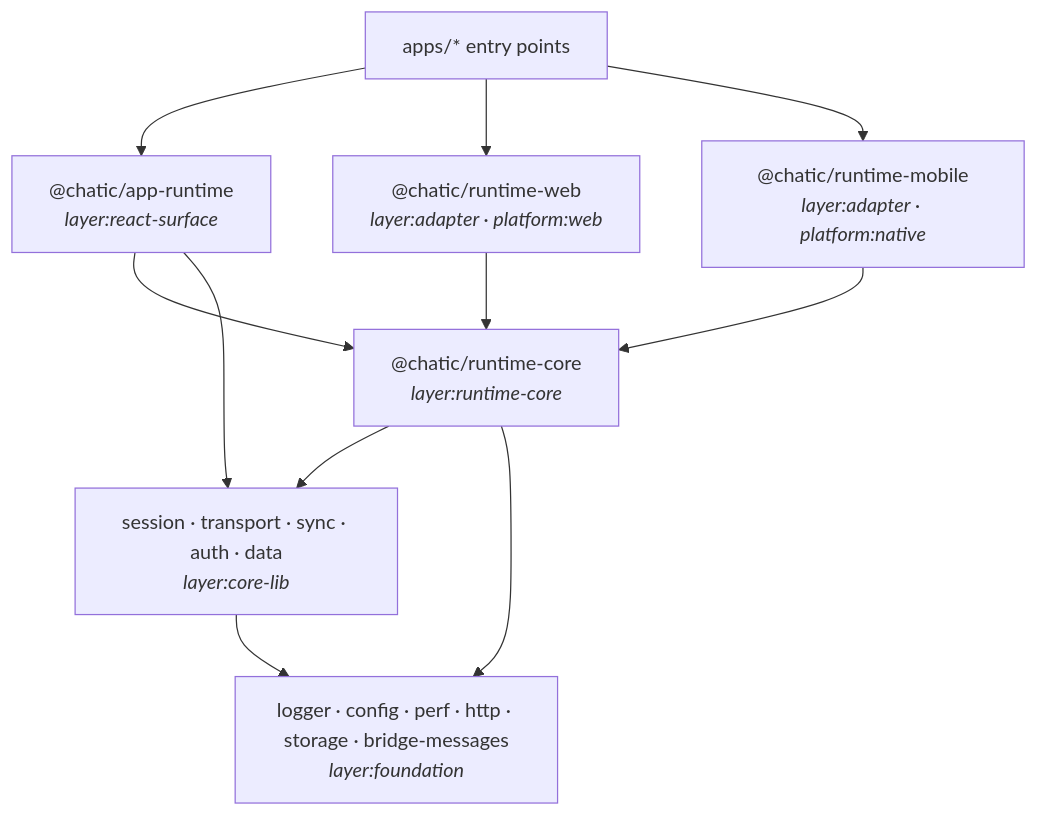
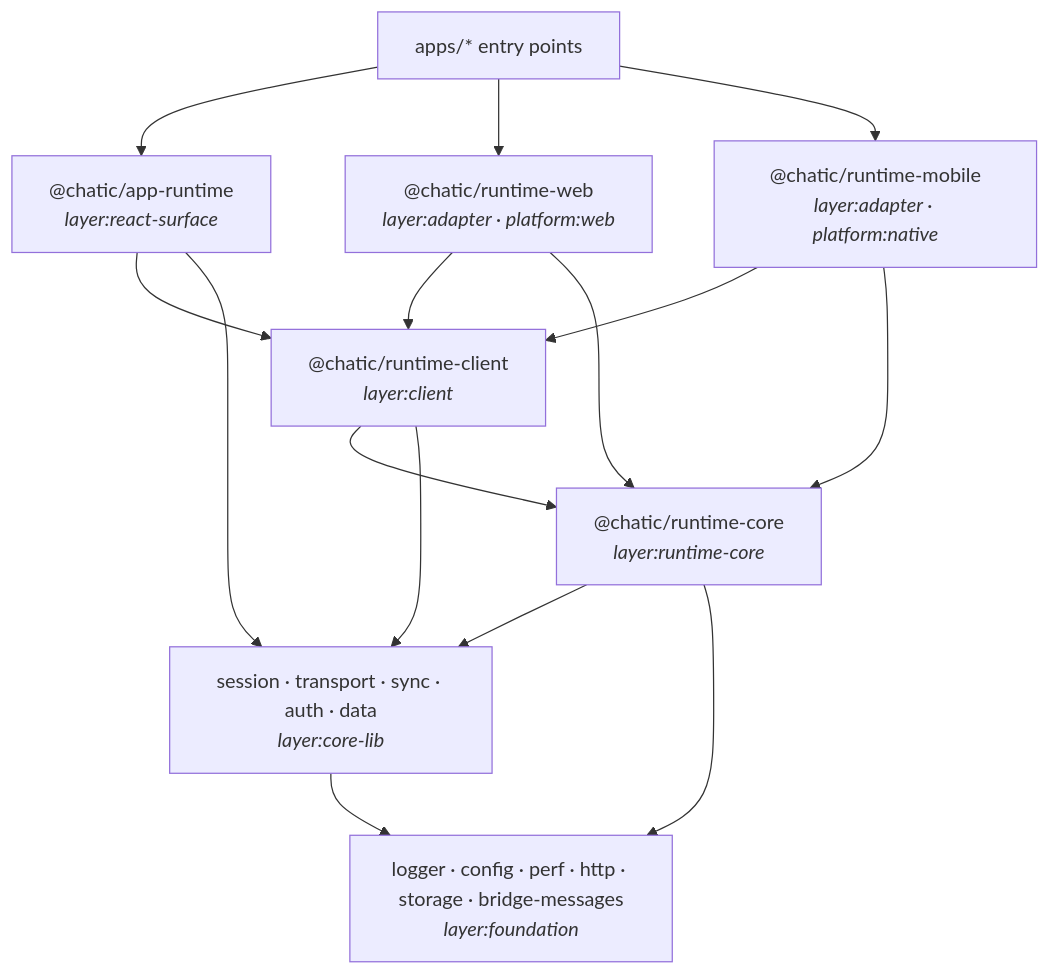
Before and after one commit to lemoncloud-io/dou-app: the diagram in libs/runtime-core/README.md, drawn with Mermaid. The commit also changed other lines of this file and 144 other files, not shown here.

First line of the commit message:
refactor(app-runtime,runtime-client): move the core side into runtime-client and add the declaration

````diff
--- a/libs/runtime-core/README.md
+++ b/libs/runtime-core/README.md
@@ -130,21 +130,26 @@
 ```mermaid
 flowchart TD
     Apps["apps/* entry points"]
     Surface["@chatic/app-runtime<br/><i>layer:react-surface</i>"]
+    Client["@chatic/runtime-client<br/><i>layer:client</i>"]
     Web["@chatic/runtime-web<br/><i>layer:adapter · platform:web</i>"]
     Native["@chatic/runtime-mobile<br/><i>layer:adapter · platform:native</i>"]
     Core["@chatic/runtime-core<br/><i>layer:runtime-core</i>"]
     Libs["session · transport · sync · auth · data<br/><i>layer:core-lib</i>"]
     Found["logger · config · perf · http · storage · bridge-messages<br/><i>layer:foundation</i>"]
 
     Apps --> Surface
     Apps --> Web
     Apps --> Native
-    Surface --> Core
+    Surface --> Client
     Surface --> Libs
+    Web --> Client
+    Native --> Client
+    Client --> Core
+    Client --> Libs
     Web --> Core
     Native --> Core
     Core --> Libs
     Core --> Found
     Libs --> Found
 ```
````
